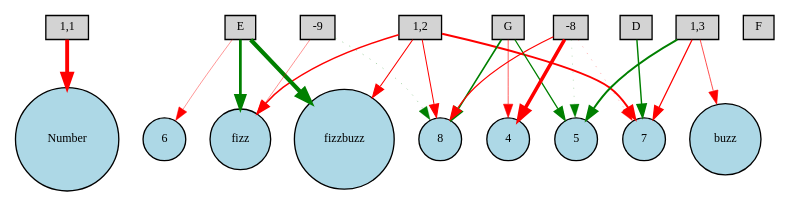
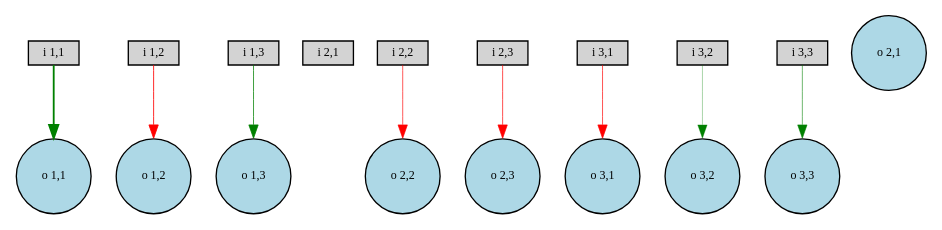
One commit to HiggstonRainbird/NEAT-TicTacToe changed the diagram in Legal Moves/Digraph.gv. Above: the diagram before and after it, drawn with Graphviz. The commit also changed 5 other files, not shown here.

```diff
--- a/Legal Moves/Digraph.gv
+++ b/Legal Moves/Digraph.gv
@@ -1,42 +1,29 @@
 digraph {
 	node [fontsize=9 height=0.2 shape=circle width=0.2]
-	"1,1" [fillcolor=lightgray shape=box style=filled]
-	"1,2" [fillcolor=lightgray shape=box style=filled]
-	"1,3" [fillcolor=lightgray shape=box style=filled]
-	D [fillcolor=lightgray shape=box style=filled]
-	E [fillcolor=lightgray shape=box style=filled]
-	F [fillcolor=lightgray shape=box style=filled]
-	G [fillcolor=lightgray shape=box style=filled]
-	-8 [fillcolor=lightgray shape=box style=filled]
-	-9 [fillcolor=lightgray shape=box style=filled]
-	Number [fillcolor=lightblue style=filled]
-	fizz [fillcolor=lightblue style=filled]
-	buzz [fillcolor=lightblue style=filled]
-	fizzbuzz [fillcolor=lightblue style=filled]
-	4 [fillcolor=lightblue style=filled]
-	5 [fillcolor=lightblue style=filled]
-	6 [fillcolor=lightblue style=filled]
-	7 [fillcolor=lightblue style=filled]
-	8 [fillcolor=lightblue style=filled]
-	"1,2" -> fizz [color=red penwidth=1.14481365456 style=solid]
-	E -> fizz [color=green penwidth=2.06501373124 style=solid]
-	G -> 8 [color=green penwidth=1.23274295667 style=solid]
-	"1,1" -> Number [color=red penwidth=2.91537640834 style=solid]
-	-8 -> 7 [color=red penwidth=0.198635464189 style=dotted]
-	"1,2" -> fizzbuzz [color=red penwidth=0.817407408017 style=solid]
-	G -> 5 [color=green penwidth=0.945075112886 style=solid]
-	"1,3" -> 5 [color=green penwidth=1.47690151342 style=solid]
-	-8 -> 5 [color=green penwidth=0.155498189652 style=dotted]
-	"1,2" -> 8 [color=red penwidth=0.76329533033 style=solid]
-	E -> 6 [color=red penwidth=0.30972828768 style=solid]
-	-8 -> 4 [color=red penwidth=2.6675564201 style=solid]
-	-8 -> 8 [color=red penwidth=0.879936827714 style=solid]
-	"1,3" -> buzz [color=red penwidth=0.515938217026 style=solid]
-	"1,3" -> 7 [color=red penwidth=0.950438911686 style=solid]
-	G -> 4 [color=red penwidth=0.465033592465 style=solid]
-	-9 -> fizz [color=red penwidth=0.319173487054 style=solid]
-	D -> 7 [color=green penwidth=1.07598203607 style=solid]
-	"1,2" -> 7 [color=red penwidth=1.5136536031 style=solid]
-	E -> fizzbuzz [color=green penwidth=3.1917724748 style=solid]
-	-9 -> 8 [color=green penwidth=0.229080815251 style=dotted]
+	"i 1,1" [fillcolor=lightgray shape=box style=filled]
+	"i 1,2" [fillcolor=lightgray shape=box style=filled]
+	"i 1,3" [fillcolor=lightgray shape=box style=filled]
+	"i 2,1" [fillcolor=lightgray shape=box style=filled]
+	"i 2,2" [fillcolor=lightgray shape=box style=filled]
+	"i 2,3" [fillcolor=lightgray shape=box style=filled]
+	"i 3,1" [fillcolor=lightgray shape=box style=filled]
+	"i 3,2" [fillcolor=lightgray shape=box style=filled]
+	"i 3,3" [fillcolor=lightgray shape=box style=filled]
+	"o 1,1" [fillcolor=lightblue style=filled]
+	"o 1,2" [fillcolor=lightblue style=filled]
+	"o 1,3" [fillcolor=lightblue style=filled]
+	"o 2,1" [fillcolor=lightblue style=filled]
+	"o 2,2" [fillcolor=lightblue style=filled]
+	"o 2,3" [fillcolor=lightblue style=filled]
+	"o 3,1" [fillcolor=lightblue style=filled]
+	"o 3,2" [fillcolor=lightblue style=filled]
+	"o 3,3" [fillcolor=lightblue style=filled]
+	"i 1,2" -> "o 1,2" [color=red penwidth=0.634990349142 style=solid]
+	"i 1,1" -> "o 1,1" [color=green penwidth=1.36534111171 style=solid]
+	"i 3,2" -> "o 3,2" [color=green penwidth=0.257670373529 style=solid]
+	"i 3,3" -> "o 3,3" [color=green penwidth=0.431644788752 style=solid]
+	"i 3,1" -> "o 3,1" [color=red penwidth=0.505847303927 style=solid]
+	"i 2,3" -> "o 2,3" [color=red penwidth=0.523024118702 style=solid]
+	"i 1,3" -> "o 1,3" [color=green penwidth=0.571239414888 style=solid]
+	"i 2,2" -> "o 2,2" [color=red penwidth=0.486049720435 style=solid]
 }
```
